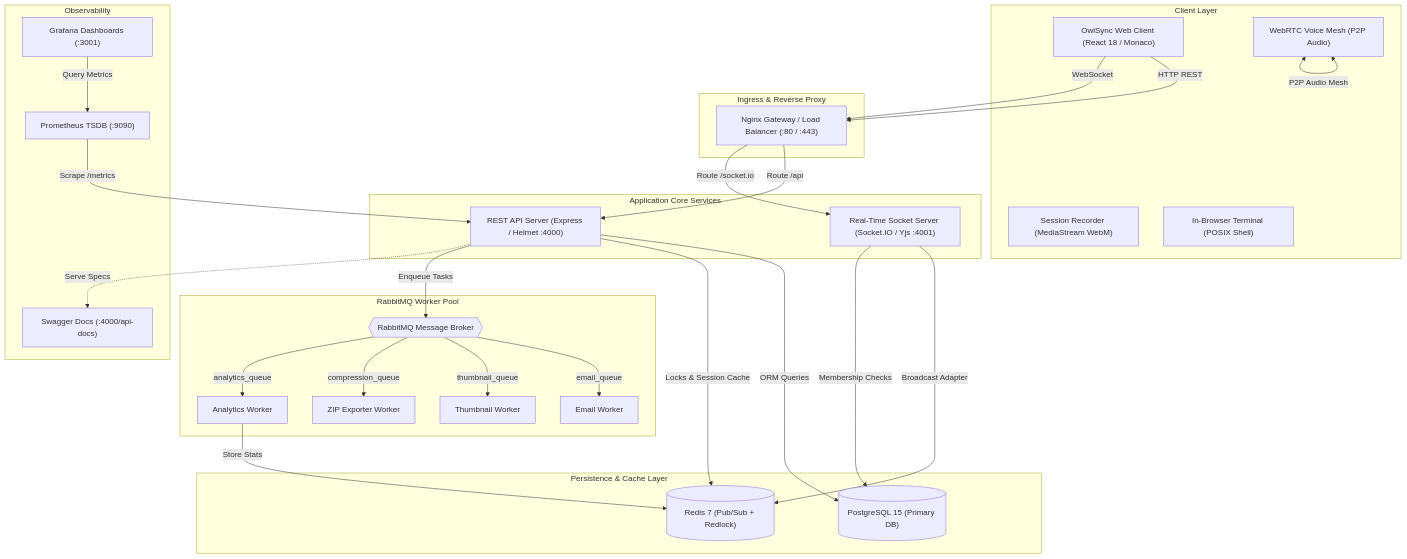
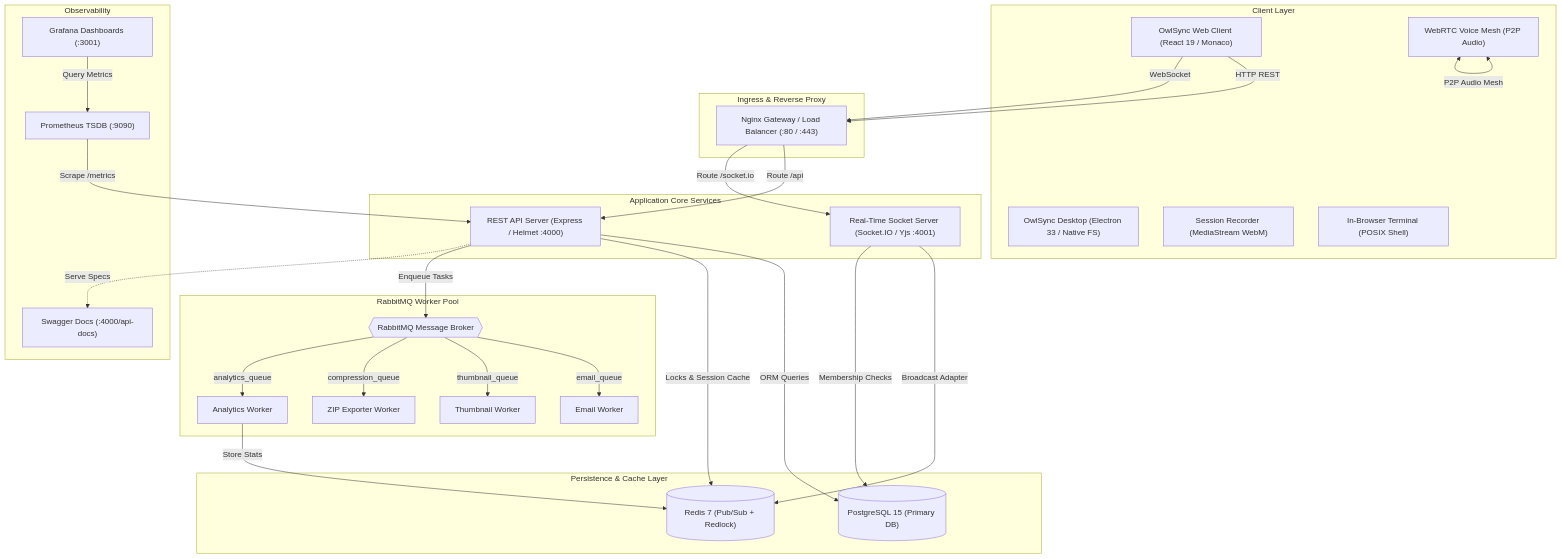
The first of 2 diagrams in README.md (DhruvGola777/OwlSync), drawn with Mermaid before and after one commit. The commit also changed other lines of this file, not shown here.

Commit message:
docs: update README with desktop client architecture, live demo links, and packaging guide

````diff
--- a/README.md
+++ b/README.md
@@ -48,62 +48,63 @@
 ```mermaid
 flowchart TB
     subgraph Clients ["Client Layer"]
-        Browser["OwlSync Web Client (React 18 / Monaco)"]
+        Browser["OwlSync Web Client (React 19 / Monaco)"]
+        Desktop["OwlSync Desktop (Electron 33 / Native FS)"]
         VoiceMesh["WebRTC Voice Mesh (P2P Audio)"]
         ScreenRec["Session Recorder (MediaStream WebM)"]
         Terminal["In-Browser Terminal (POSIX Shell)"]
     end
 
     subgraph Ingress ["Ingress & Reverse Proxy"]
         NginxGateway["Nginx Gateway / Load Balancer (:80 / :443)"]
     end
 
     subgraph CoreServices ["Application Core Services"]
         APIServer["REST API Server (Express / Helmet :4000)"]
         SocketServer["Real-Time Socket Server (Socket.IO / Yjs :4001)"]
     end
 
     subgraph Storage ["Persistence & Cache Layer"]
         PG[("PostgreSQL 15 (Primary DB)")]
         Redis[("Redis 7 (Pub/Sub + Redlock)")]
     end
 
     subgraph WorkerPool ["RabbitMQ Worker Pool"]
         RMQ{{"RabbitMQ Message Broker"}}
         WorkerEmail["Email Worker"]
         WorkerThumb["Thumbnail Worker"]
         WorkerZip["ZIP Exporter Worker"]
         WorkerStats["Analytics Worker"]
     end
 
     subgraph Monitoring ["Observability"]
         Prometheus["Prometheus TSDB (:9090)"]
         Grafana["Grafana Dashboards (:3001)"]
         SwaggerUI["Swagger Docs (:4000/api-docs)"]
     end
 
     Browser -->|HTTP REST| NginxGateway
     Browser -->|WebSocket| NginxGateway
     VoiceMesh <-->|P2P Audio Mesh| VoiceMesh
 
     NginxGateway -->|Route /api| APIServer
     NginxGateway -->|Route /socket.io| SocketServer
 
     APIServer -->|ORM Queries| PG
     APIServer -->|Locks & Session Cache| Redis
     APIServer -->|Enqueue Tasks| RMQ
 
     SocketServer -->|Broadcast Adapter| Redis
     SocketServer -->|Membership Checks| PG
 
     RMQ -->|email_queue| WorkerEmail
     RMQ -->|thumbnail_queue| WorkerThumb
     RMQ -->|compression_queue| WorkerZip
     RMQ -->|analytics_queue| WorkerStats
 
     WorkerStats -->|Store Stats| Redis
 
     Prometheus -->|Scrape /metrics| APIServer
     Grafana -->|Query Metrics| Prometheus
     APIServer -.->|Serve Specs| SwaggerUI
 ```
````
